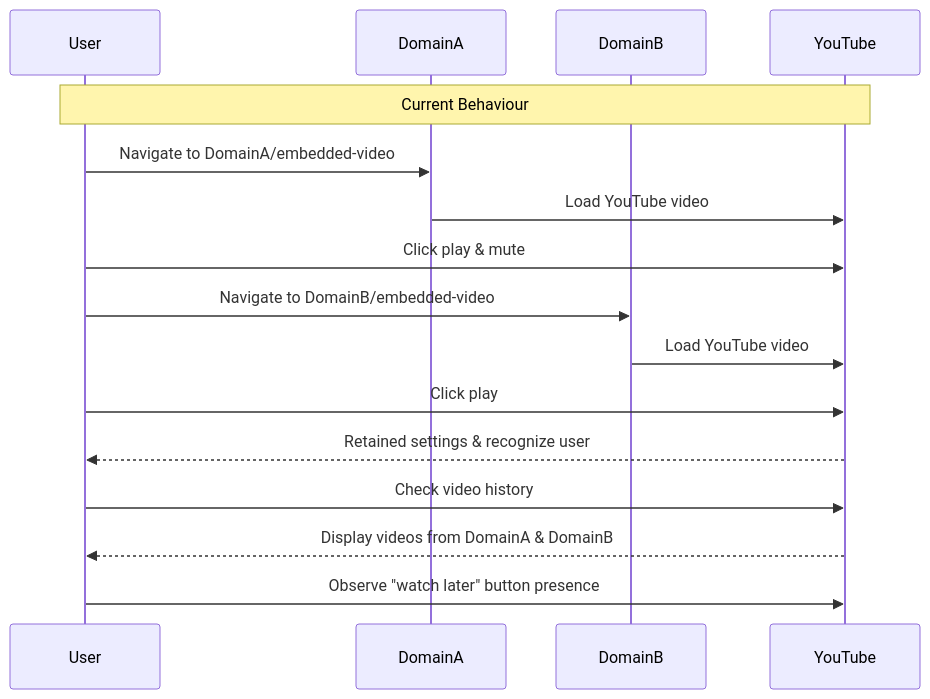
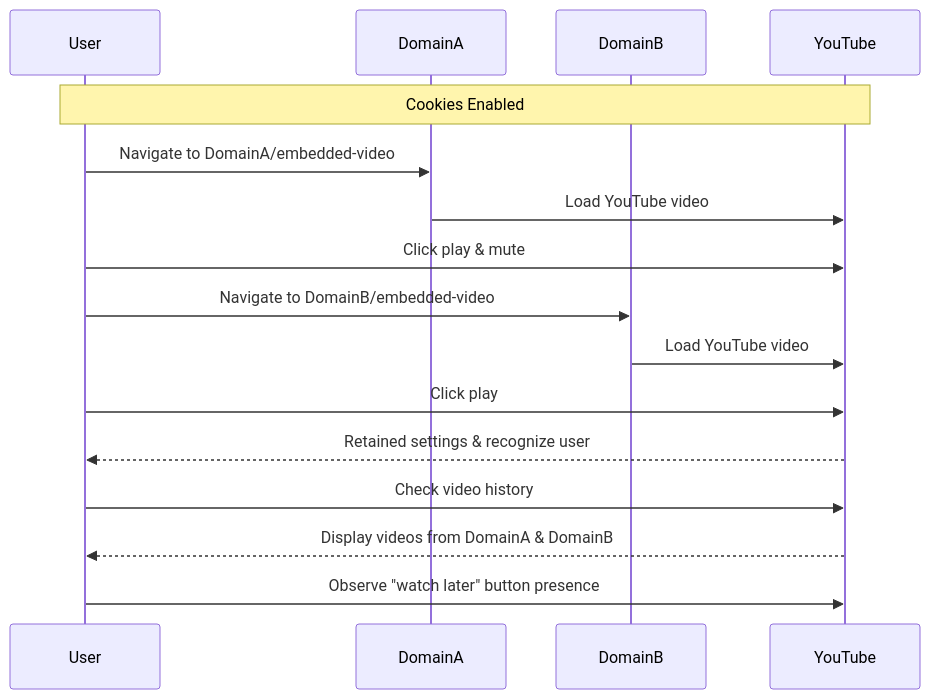
Before and after one commit to rtCamp/ps-analysis-tool-wiki: the sixth of 7 diagrams in Example-analysis-scenarios.md, drawn with Mermaid. The commit also changed other lines of this file and 5 other files, not shown here.

````diff
--- a/Example-analysis-scenarios.md
+++ b/Example-analysis-scenarios.md
@@ -304,23 +304,23 @@
 ```mermaid
 sequenceDiagram
     participant User
     participant DomainA
     participant DomainB
     participant YouTube
 
-    Note over User,YouTube: Current Behaviour
+    Note over User,YouTube: Cookies Enabled
 
     User->>DomainA: Navigate to DomainA/embedded-video
     DomainA->>YouTube: Load YouTube video
     User->>YouTube: Click play & mute
 
     User->>DomainB: Navigate to DomainB/embedded-video
     DomainB->>YouTube: Load YouTube video
     User->>YouTube: Click play
     YouTube-->>User: Retained settings & recognize user
 
     User->>YouTube: Check video history
     YouTube-->>User: Display videos from DomainA & DomainB
 
     User->>YouTube: Observe "watch later" button presence
 ```
````
